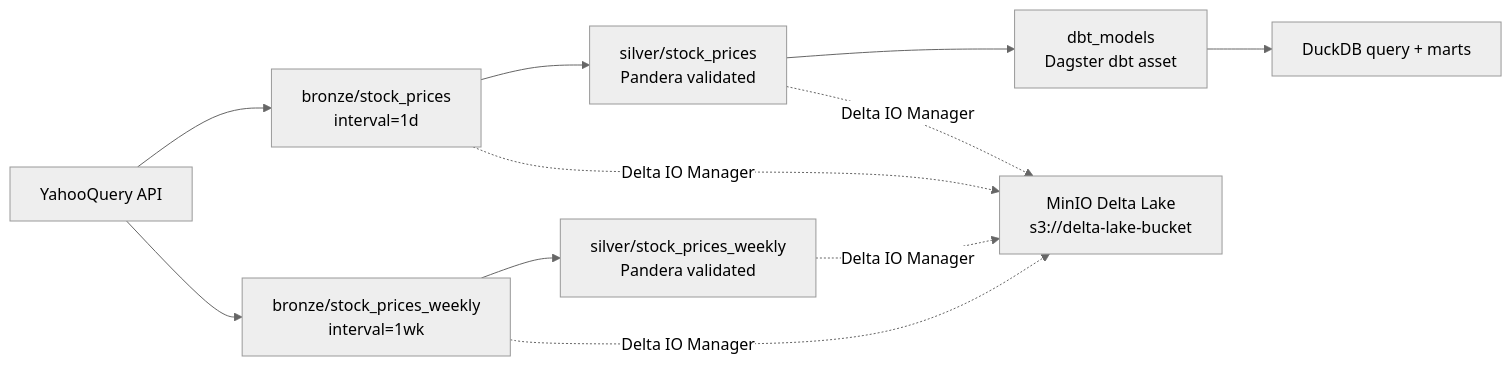
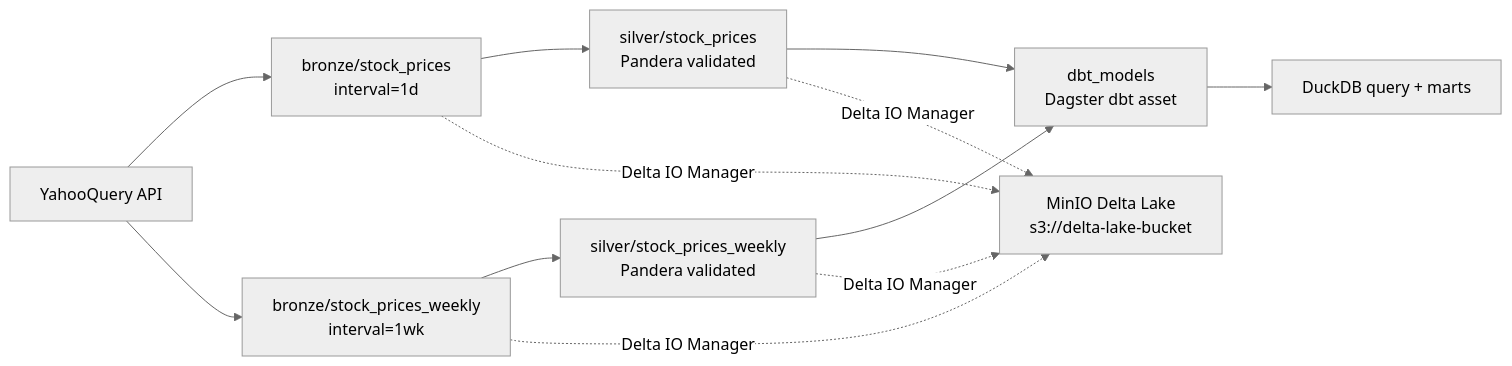
One commit to Batuhansaylam26/algo_trading changed the first of 4 diagrams in docs/dagster_dbt_diagrams.md. Above: the diagram before and after it, drawn with Mermaid (neutral theme). The commit also changed other lines of this file and 23 other files, not shown here.

````diff
--- a/docs/dagster_dbt_diagrams.md
+++ b/docs/dagster_dbt_diagrams.md
@@ -5,22 +5,23 @@
 ```mermaid
 flowchart LR
     YQ["YahooQuery API"]
     BDaily["bronze/stock_prices\ninterval=1d"]
     BWeekly["bronze/stock_prices_weekly\ninterval=1wk"]
     SDaily["silver/stock_prices\nPandera validated"]
     SWeekly["silver/stock_prices_weekly\nPandera validated"]
     DBT["dbt_models\nDagster dbt asset"]
     DuckDB["DuckDB query + marts"]
     MinIO["MinIO Delta Lake\ns3://delta-lake-bucket"]
 
     YQ --> BDaily
     YQ --> BWeekly
     BDaily --> SDaily
     BWeekly --> SWeekly
     SDaily --> DBT
+    SWeekly --> DBT
     DBT --> DuckDB
     BDaily -. "Delta IO Manager" .-> MinIO
     BWeekly -. "Delta IO Manager" .-> MinIO
     SDaily -. "Delta IO Manager" .-> MinIO
     SWeekly -. "Delta IO Manager" .-> MinIO
 ```
````
